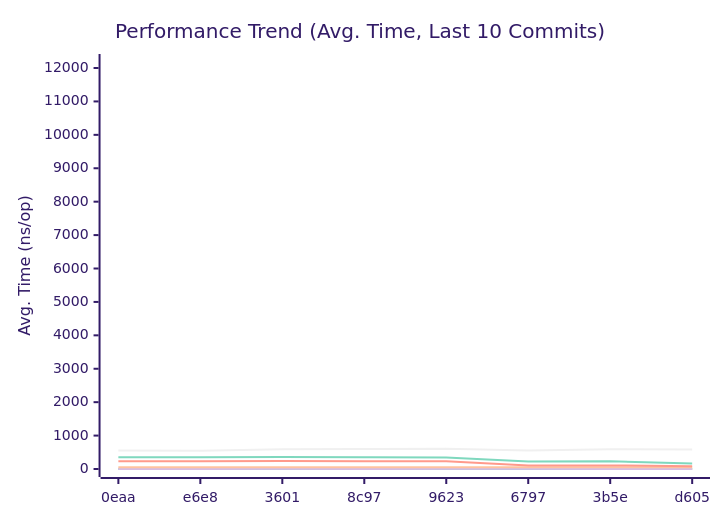
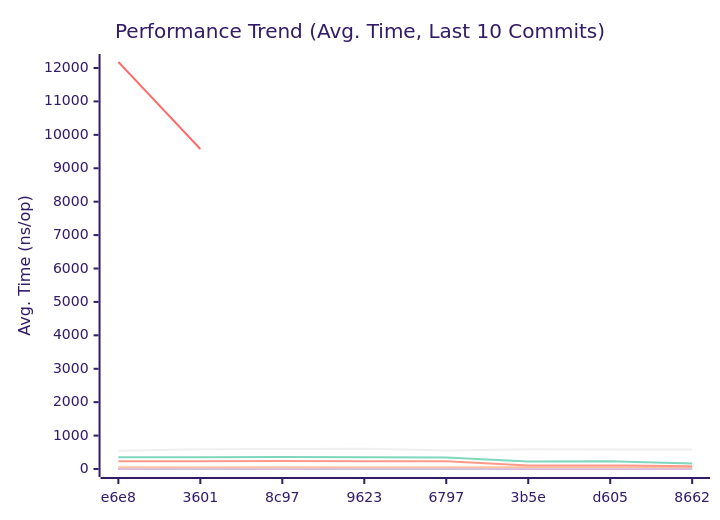
One commit to alsotoes/momo changed the first of 3 diagrams in docs/README.md. Above: the diagram before and after it, drawn with Mermaid (forest theme). The commit also changed other lines of this file and 1 other file, not shown here.

````diff
--- a/docs/README.md
+++ b/docs/README.md
@@ -307,15 +307,15 @@
 ```mermaid
 xychart-beta
     title "Performance Trend (Avg. Time, Last 10 Commits)"
     x-axis "Commit"
     y-axis "Avg. Time (ns/op)"
-    x-axis [0eaa,e6e8,3601,8c97,9623,6797,3b5e,d605]
-    line "CheckMetricsAndSwap" [9,9,7,9,9,9,9,9,9,9]
-    line "HashFile" [12180]
+    x-axis [e6e8,3601,8c97,9623,6797,3b5e,d605,8662]
+    line "CheckMetricsAndSwap" [9,7,9,9,9,9,9,9,9,7]
+    line "HashFile" [12180,9576]
     line "IndexDirectTracking" [0,0,0,0,0,0,0,0,0,0]
-    line "IndexSearch" [3,3,4,3,4,4,3,3,2,3]
-    line "LoadGlobalConfig" [552,546,588,596,608,550,592,587,587,546]
-    line "PadString" [50,50,50,53,53,50,53,53,53,53]
+    line "IndexSearch" [3,4,3,4,4,3,3,2,3,2]
+    line "LoadGlobalConfig" [546,588,596,608,550,592,587,587,546,426]
+    line "PadString" [50,50,53,53,50,53,53,53,53,40]
     line "ParseReplicationOrder_NoPrealloc" [350,349,357,354,345,225,229,165,232,234]
     line "ParseReplicationOrder_Prealloc" [229,231,237,234,229,108,107,80,110,109]
 ```
````
